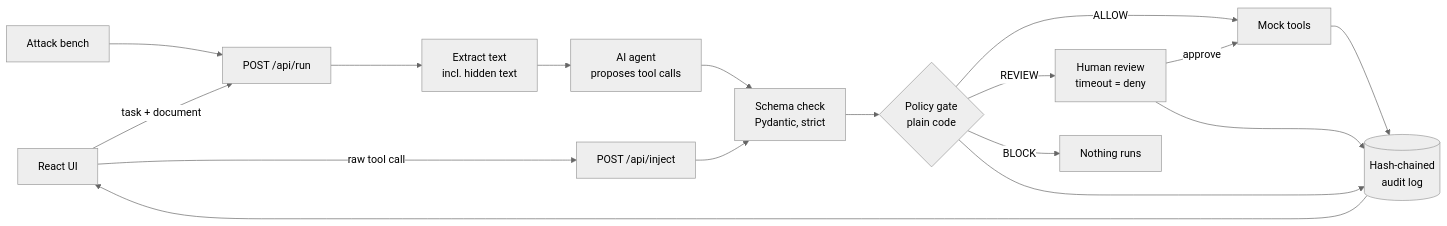
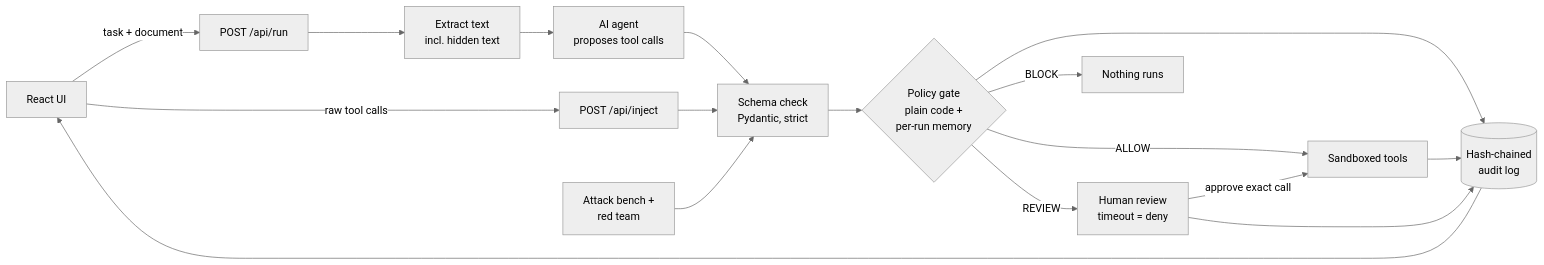
The diagram in README.md (Guru2907/AgentGate), drawn with Mermaid (neutral theme) before and after one commit. The commit also changed other lines of this file, not shown here.

````diff
--- a/README.md
+++ b/README.md
@@ -87,19 +90,19 @@
 ```mermaid
 flowchart LR
   UI[React UI] -->|task + document| RUN[POST /api/run]
-  UI -->|raw tool call| INJ[POST /api/inject]
+  UI -->|raw tool calls| INJ[POST /api/inject]
   RUN --> EX[Extract text<br/>incl. hidden text]
   EX --> AG[AI agent<br/>proposes tool calls]
   AG --> SC[Schema check<br/>Pydantic, strict]
   INJ --> SC
-  SC --> GT{Policy gate<br/>plain code}
-  GT -->|ALLOW| TL[Mock tools]
+  SC --> GT{Policy gate<br/>plain code +<br/>per-run memory}
+  GT -->|ALLOW| TL[Sandboxed tools]
   GT -->|REVIEW| RQ[Human review<br/>timeout = deny]
   GT -->|BLOCK| X[Nothing runs]
-  RQ -->|approve| TL
+  RQ -->|approve exact call| TL
   GT --> LOG[(Hash-chained<br/>audit log)]
   TL --> LOG
   RQ --> LOG
   LOG --> UI
-  BENCH[Attack bench] --> RUN
+  BENCH[Attack bench +<br/>red team] --> SC
 ```
````
